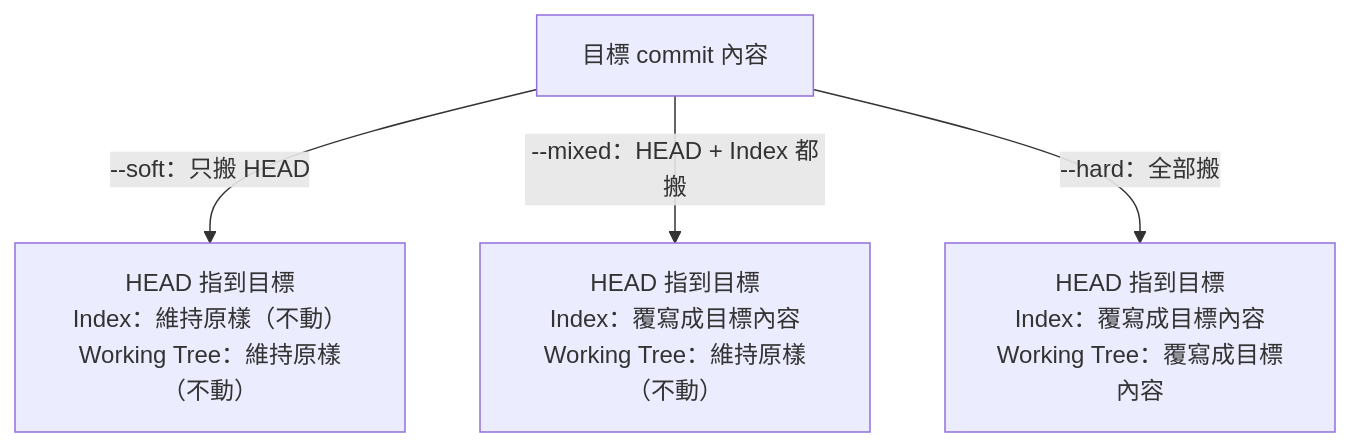
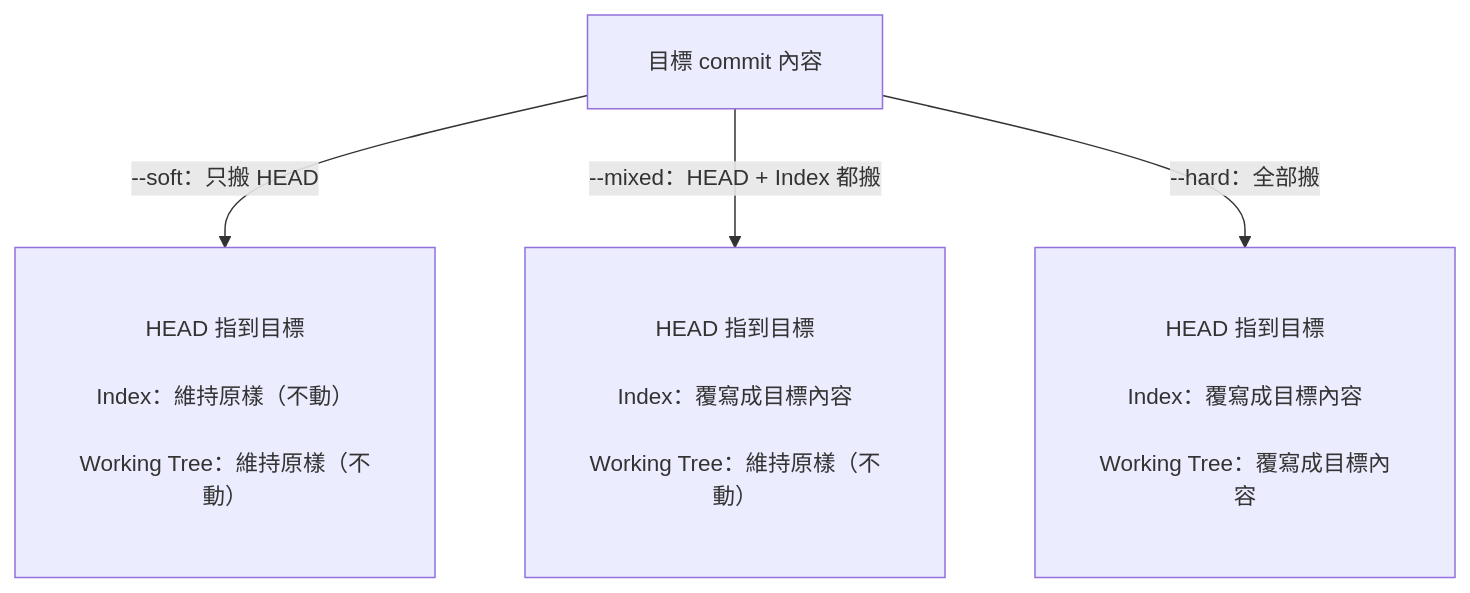
Before and after one commit to Abbychickenfillet-github/golang-and-TS-others-md-files: the second of 2 diagrams in Git/git-reset-modes.md, drawn with Mermaid.

Commit message:
docs(git): 更新 git reset 模式筆記

````diff
--- a/Git/git-reset-modes.md
+++ b/Git/git-reset-modes.md
@@ -181,6 +181,9 @@
 ```mermaid
+%%{init: {'flowchart': {'htmlLabels': true, 'nodeSpacing': 60, 'rankSpacing': 70, 'padding': 20}, 'themeVariables': {'fontSize': '15px'}}}%%
 flowchart TD
-    D["目標 commit 內容"] -->|"--soft：只搬 HEAD"| H1["HEAD 指到目標<br/>Index：維持原樣（不動）<br/>Working Tree：維持原樣（不動）"]
-    D -->|"--mixed：HEAD + Index 都搬"| H2["HEAD 指到目標<br/>Index：覆寫成目標內容<br/>Working Tree：維持原樣（不動）"]
-    D -->|"--hard：全部搬"| H3["HEAD 指到目標<br/>Index：覆寫成目標內容<br/>Working Tree：覆寫成目標內容"]
+    D["目標 commit 內容"] -->|"--soft：只搬 HEAD"| H1["HEAD 指到目標<br/><br/>Index：維持原樣（不動）<br/><br/>Working Tree：維持原樣（不動）"]
+    D -->|"--mixed：HEAD + Index 都搬"| H2["HEAD 指到目標<br/><br/>Index：覆寫成目標內容<br/><br/>Working Tree：維持原樣（不動）"]
+    D -->|"--hard：全部搬"| H3["HEAD 指到目標<br/><br/>Index：覆寫成目標內容<br/><br/>Working Tree：覆寫成目標內容"]
+    classDef box padding:20px
+    class H1,H2,H3 box
 ```
````
